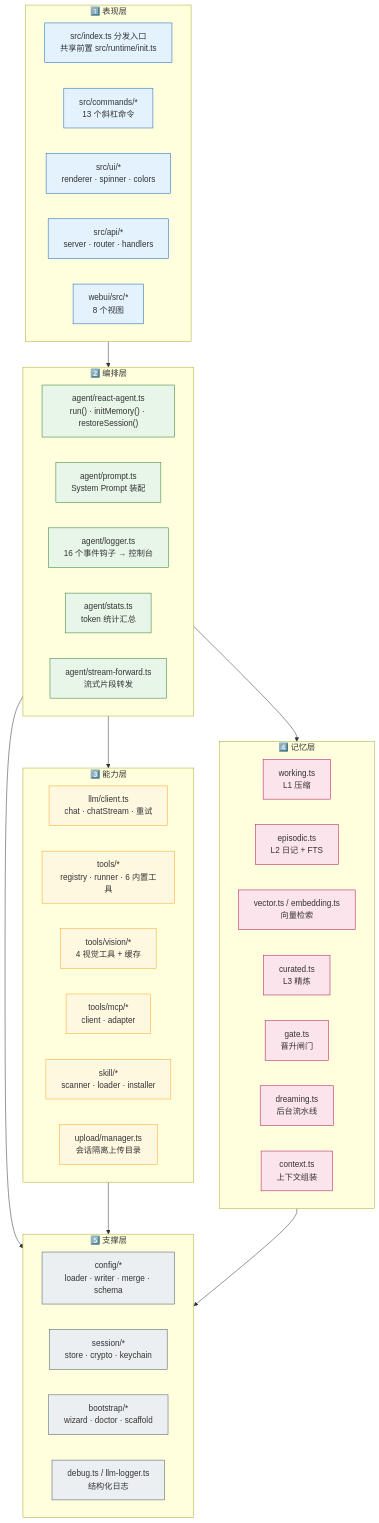
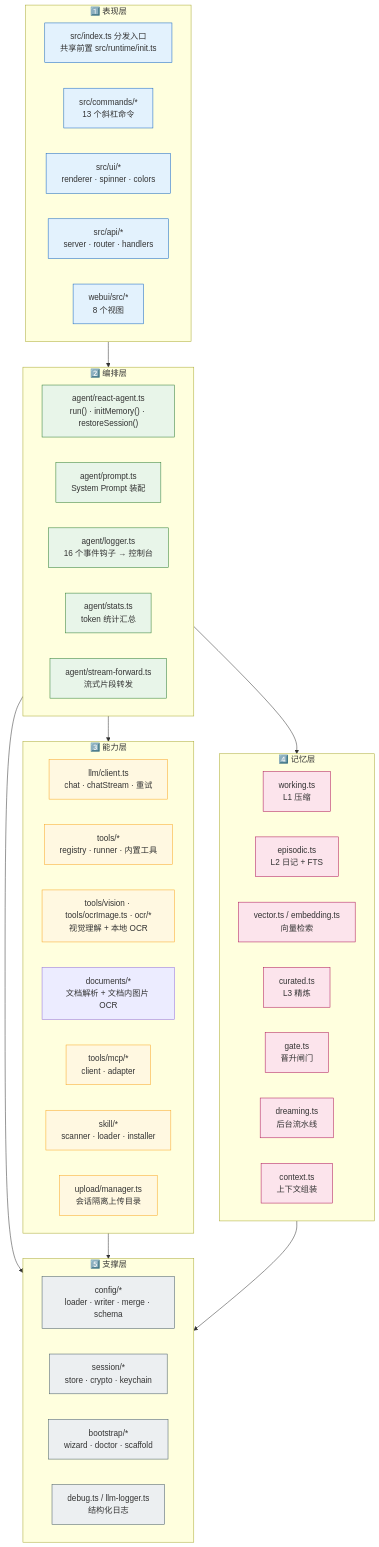
Before and after one commit to mutongliwansui/loop-agent-harness: the second of 7 diagrams in docs/mermaid-architecture.md, drawn with Mermaid. The commit also changed other lines of this file and 53 other files, not shown here.

First line of the commit message:
feat(ocr): 本地 OCR 图片识别与视觉能力容错降级（需求 20261112-002）

````diff
--- a/docs/mermaid-architecture.md
+++ b/docs/mermaid-architecture.md
@@ -131,65 +131,66 @@
 ```mermaid
 flowchart TD
     subgraph L1["1️⃣ 表现层"]
         direction LR
         A1["src/index.ts 分发入口<br/>共享前置 src/runtime/init.ts"]
         A2["src/commands/*<br/>13 个斜杠命令"]
         A3["src/ui/*<br/>renderer · spinner · colors"]
         A4["src/api/*<br/>server · router · handlers"]
         A5["webui/src/*<br/>8 个视图"]
     end
 
     subgraph L2["2️⃣ 编排层"]
         B1["agent/react-agent.ts<br/>run() · initMemory() · restoreSession()"]
         B2["agent/prompt.ts<br/>System Prompt 装配"]
         B3["agent/logger.ts<br/>16 个事件钩子 → 控制台"]
         B4["agent/stats.ts<br/>token 统计汇总"]
         B5["agent/stream-forward.ts<br/>流式片段转发"]
     end
 
     subgraph L3["3️⃣ 能力层"]
         direction LR
         C1["llm/client.ts<br/>chat · chatStream · 重试"]
-        C2["tools/*<br/>registry · runner · 6 内置工具"]
-        C3["tools/vision/*<br/>4 视觉工具 + 缓存"]
+        C2["tools/*<br/>registry · runner · 内置工具"]
+        C3["tools/vision · tools/ocrImage.ts · ocr/*<br/>视觉理解 + 本地 OCR"]
+        C3b["documents/*<br/>文档解析 + 文档内图片 OCR"]
         C4["tools/mcp/*<br/>client · adapter"]
         C5["skill/*<br/>scanner · loader · installer"]
         C6["upload/manager.ts<br/>会话隔离上传目录"]
     end
 
     subgraph L4["4️⃣ 记忆层"]
         direction LR
         D1["working.ts<br/>L1 压缩"]
         D2["episodic.ts<br/>L2 日记 + FTS"]
         D3["vector.ts / embedding.ts<br/>向量检索"]
         D4["curated.ts<br/>L3 精炼"]
         D5["gate.ts<br/>晋升闸门"]
         D6["dreaming.ts<br/>后台流水线"]
         D7["context.ts<br/>上下文组装"]
     end
 
     subgraph L5["5️⃣ 支撑层"]
         direction LR
         E1["config/*<br/>loader · writer · merge · schema"]
         E2["session/*<br/>store · crypto · keychain"]
         E3["bootstrap/*<br/>wizard · doctor · scaffold"]
         E4["debug.ts / llm-logger.ts<br/>结构化日志"]
     end
 
     L1 --> L2 --> L3
     L2 --> L4
     L2 --> L5
     L3 --> L5
     L4 --> L5
 
     classDef l1 fill:#e3f2fd,stroke:#1565c0
     classDef l2 fill:#e8f5e9,stroke:#2e7d32
     classDef l3 fill:#fff8e1,stroke:#f9a825
     classDef l4 fill:#fce4ec,stroke:#ad1457
     classDef l5 fill:#eceff1,stroke:#455a64
     class A1,A2,A3,A4,A5 l1
     class B1,B2,B3,B4,B5 l2
     class C1,C2,C3,C4,C5,C6 l3
     class D1,D2,D3,D4,D5,D6,D7 l4
     class E1,E2,E3,E4 l5
 ```
````
